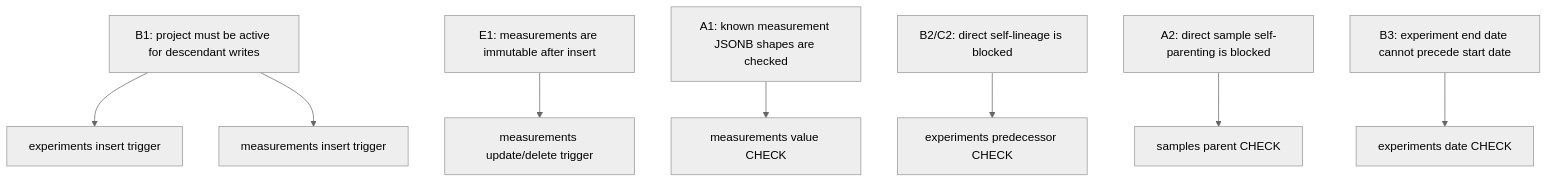
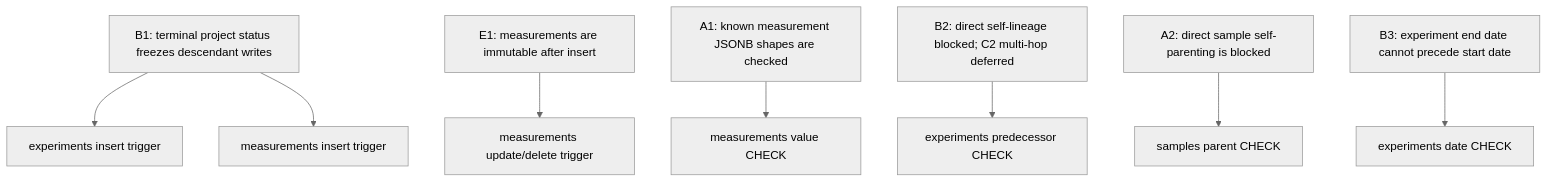
The third of 3 diagrams in ARCHITECTURE.md (AbraaoAlves/LETS_GO), drawn with Mermaid (neutral theme) before and after one commit. The commit also changed other lines of this file, not shown here.

Commit message:
fix(docs): update architecture document with flow descriptions and clarify database-enforced rules

````diff
--- a/ARCHITECTURE.md
+++ b/ARCHITECTURE.md
@@ -116,17 +119,17 @@
 ```mermaid
 flowchart TB
-  ACTIVE[B1: project must be active for descendant writes]
+  WRITABLE[B1: terminal project status freezes descendant writes]
   IMMUTABLE[E1: measurements are immutable after insert]
   SHAPE[A1: known measurement JSONB shapes are checked]
-  LINEAGE[B2/C2: direct self-lineage is blocked]
+  LINEAGE[B2: direct self-lineage blocked; C2 multi-hop deferred]
   SAMPLE[A2: direct sample self-parenting is blocked]
   DATE[B3: experiment end date cannot precede start date]
 
-  ACTIVE --> EXPERIMENTS[experiments insert trigger]
-  ACTIVE --> MEASUREMENTS[measurements insert trigger]
+  WRITABLE --> EXPERIMENTS[experiments insert trigger]
+  WRITABLE --> MEASUREMENTS[measurements insert trigger]
   IMMUTABLE --> MEASUREMENTS_MUTATION[measurements update/delete trigger]
   SHAPE --> MEASUREMENTS_CHECK[measurements value CHECK]
   LINEAGE --> EXPERIMENTS_CHECK[experiments predecessor CHECK]
   SAMPLE --> SAMPLES_CHECK[samples parent CHECK]
   DATE --> EXPERIMENT_DATES[experiments date CHECK]
 ```
````
